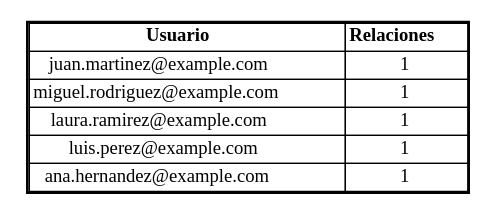
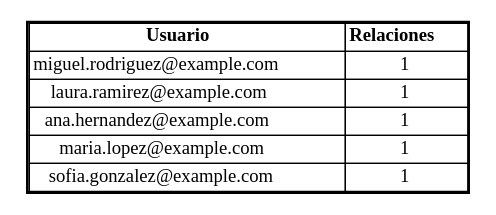
Before and after one commit to Kevin-alvarez1/PROYECTO_MULTIFASES_RED_SOCIAL: the diagram in Fase1/output/top5MenosAmigos.dot, drawn with Graphviz. The commit also changed 15 other files, not shown here.

```diff
--- a/Fase1/output/top5MenosAmigos.dot
+++ b/Fase1/output/top5MenosAmigos.dot
@@ -1,12 +1,12 @@
 digraph G {
 node [shape=plaintext];
 TOP5_USUARIOS [label=<
 <table border='2' cellborder='1' cellspacing='0'>
 <tr><td><b>Usuario</b></td><td><b>Relaciones</b></td></tr>
-<tr><td>juan.martinez@example.com</td><td>1</td></tr>
 <tr><td>miguel.rodriguez@example.com</td><td>1</td></tr>
 <tr><td>laura.ramirez@example.com</td><td>1</td></tr>
-<tr><td>luis.perez@example.com</td><td>1</td></tr>
 <tr><td>ana.hernandez@example.com</td><td>1</td></tr>
+<tr><td>maria.lopez@example.com</td><td>1</td></tr>
+<tr><td>sofia.gonzalez@example.com</td><td>1</td></tr>
 </table>>];
 }
```
